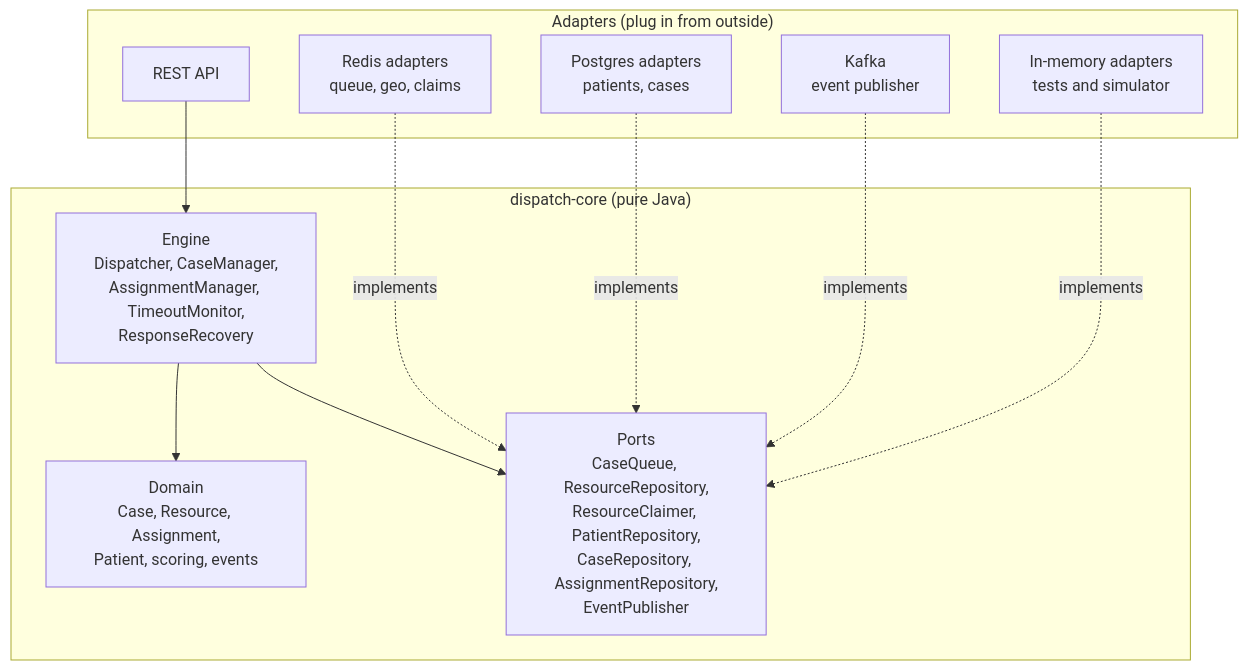
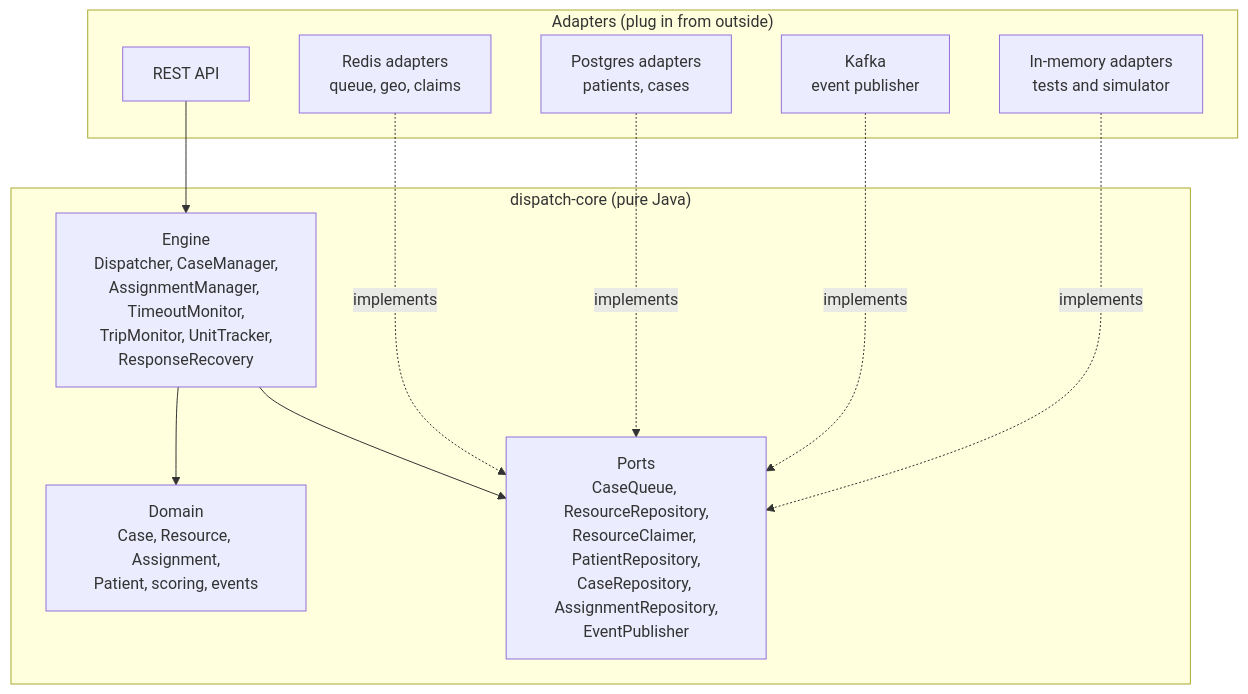
One commit to anujpi/medidispatch changed the third of 3 diagrams in README.md. Above: the diagram before and after it, drawn with Mermaid. The commit also changed other lines of this file and 7 other files, not shown here.

Commit message:
added TripMonitor to check on trip that has stalled  or  stopped responding

````diff
--- a/README.md
+++ b/README.md
@@ -105,22 +105,22 @@
 ```mermaid
 flowchart TB
     subgraph Outside["Adapters (plug in from outside)"]
         REST[REST API]
         REDIS[Redis adapters<br/>queue, geo, claims]
         PG[Postgres adapters<br/>patients, cases]
         KAFKA[Kafka<br/>event publisher]
         MEM[In-memory adapters<br/>tests and simulator]
     end
     subgraph Core["dispatch-core (pure Java)"]
-        ENG[Engine<br/>Dispatcher, CaseManager,<br/>AssignmentManager, TimeoutMonitor,<br/>ResponseRecovery]
+        ENG[Engine<br/>Dispatcher, CaseManager,<br/>AssignmentManager, TimeoutMonitor,<br/>TripMonitor, UnitTracker,<br/>ResponseRecovery]
         DOM[Domain<br/>Case, Resource, Assignment,<br/>Patient, scoring, events]
         PORTS[Ports<br/>CaseQueue, ResourceRepository,<br/>ResourceClaimer, PatientRepository,<br/>CaseRepository, AssignmentRepository,<br/>EventPublisher]
     end
     REST --> ENG
     ENG --> DOM
     ENG --> PORTS
     REDIS -. implements .-> PORTS
     PG -. implements .-> PORTS
     KAFKA -. implements .-> PORTS
     MEM -. implements .-> PORTS
 ```
````
